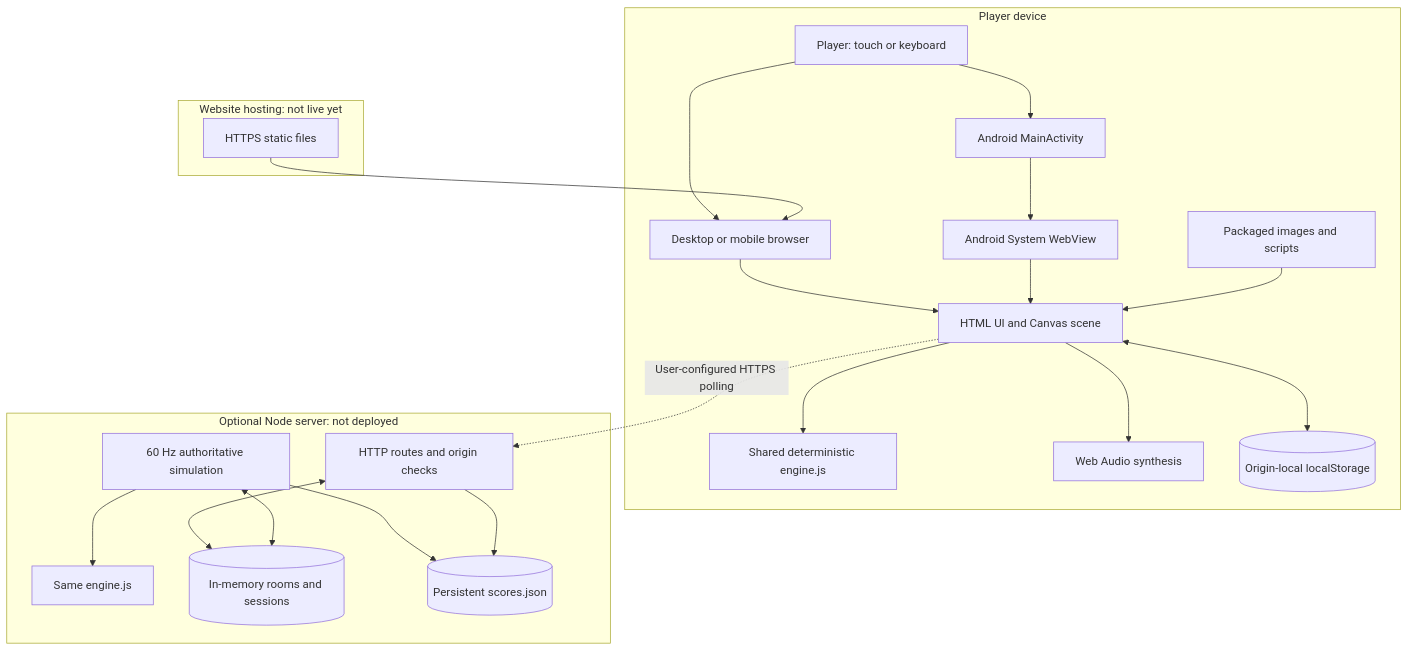
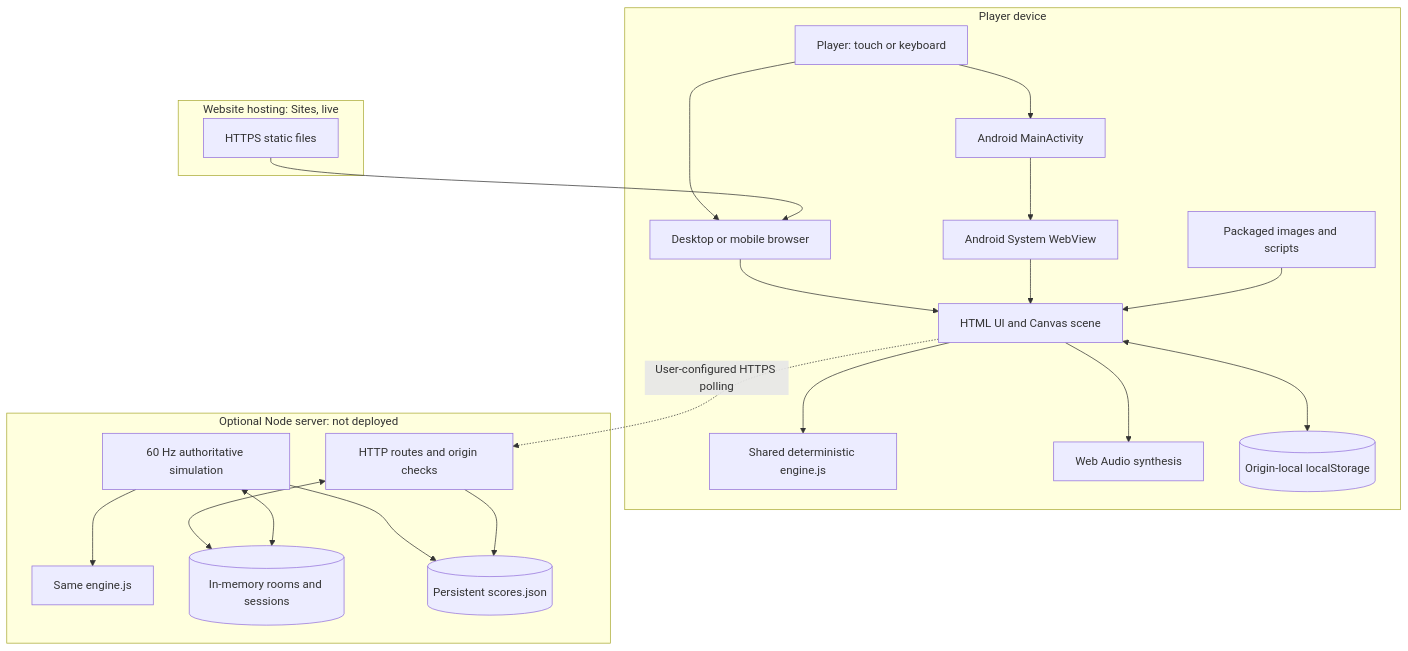
Before and after one commit to VaVi-Tech24/VaViLantern: the first of 5 diagrams in docs/ARCHITECTURE.md, drawn with Mermaid. The commit also changed other lines of this file and 4 other files, not shown here.

Commit message:
docs: record live website and custom domains

````diff
--- a/docs/ARCHITECTURE.md
+++ b/docs/ARCHITECTURE.md
@@ -7,40 +7,40 @@
 ```mermaid
 flowchart TB
   User[Player: touch or keyboard]
   subgraph Device[Player device]
     Browser[Desktop or mobile browser]
     Activity[Android MainActivity]
     WebView[Android System WebView]
     UI[HTML UI and Canvas scene]
     Engine[Shared deterministic engine.js]
     Audio[Web Audio synthesis]
     Storage[(Origin-local localStorage)]
     Assets[Packaged images and scripts]
     User --> Browser
     User --> Activity
     Activity --> WebView
     Browser --> UI
     WebView --> UI
     Assets --> UI
     UI --> Engine
     UI --> Audio
     UI <--> Storage
   end
-  subgraph Host[Website hosting: not live yet]
+  subgraph Host[Website hosting: Sites, live]
     CDN[HTTPS static files]
   end
   subgraph Service[Optional Node server: not deployed]
     API[HTTP routes and origin checks]
     Tick[60 Hz authoritative simulation]
     Shared[Same engine.js]
     Rooms[(In-memory rooms and sessions)]
     Scores[(Persistent scores.json)]
     API <--> Rooms
     Tick <--> Rooms
     Tick --> Shared
     Tick --> Scores
     API --> Scores
   end
   CDN --> Browser
   UI -. User-configured HTTPS polling .-> API
 ```
````
